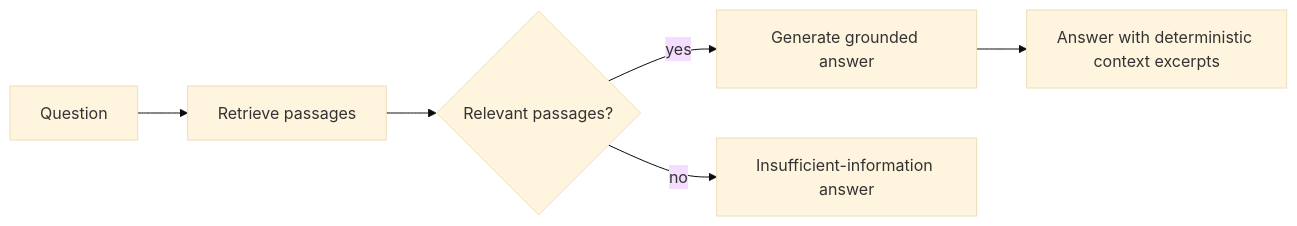
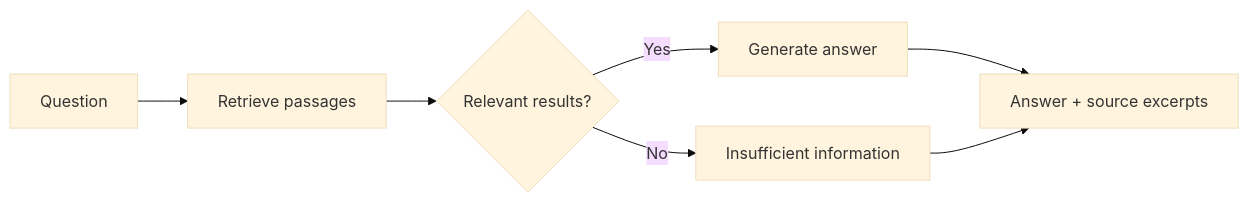
Before and after one commit to laszlokiss88/garden-center-api: the second of 2 diagrams in docs/architecture.md, drawn with Mermaid (base theme). The commit also changed other lines of this file and 48 other files, not shown here.

````diff
--- a/docs/architecture.md
+++ b/docs/architecture.md
@@ -65,8 +53,9 @@
 ```mermaid
 flowchart LR
     Q[Question] --> R[Retrieve passages]
-    R --> C{Relevant passages?}
-    C -->|yes| G[Generate grounded answer]
-    C -->|no| I[Insufficient-information answer]
-    G --> A[Answer with deterministic context excerpts]
+    R --> C{Relevant results?}
+    C -->|Yes| G[Generate answer]
+    C -->|No| N[Insufficient information]
+    G --> A[Answer + source excerpts]
+    N --> A
 ```
````
